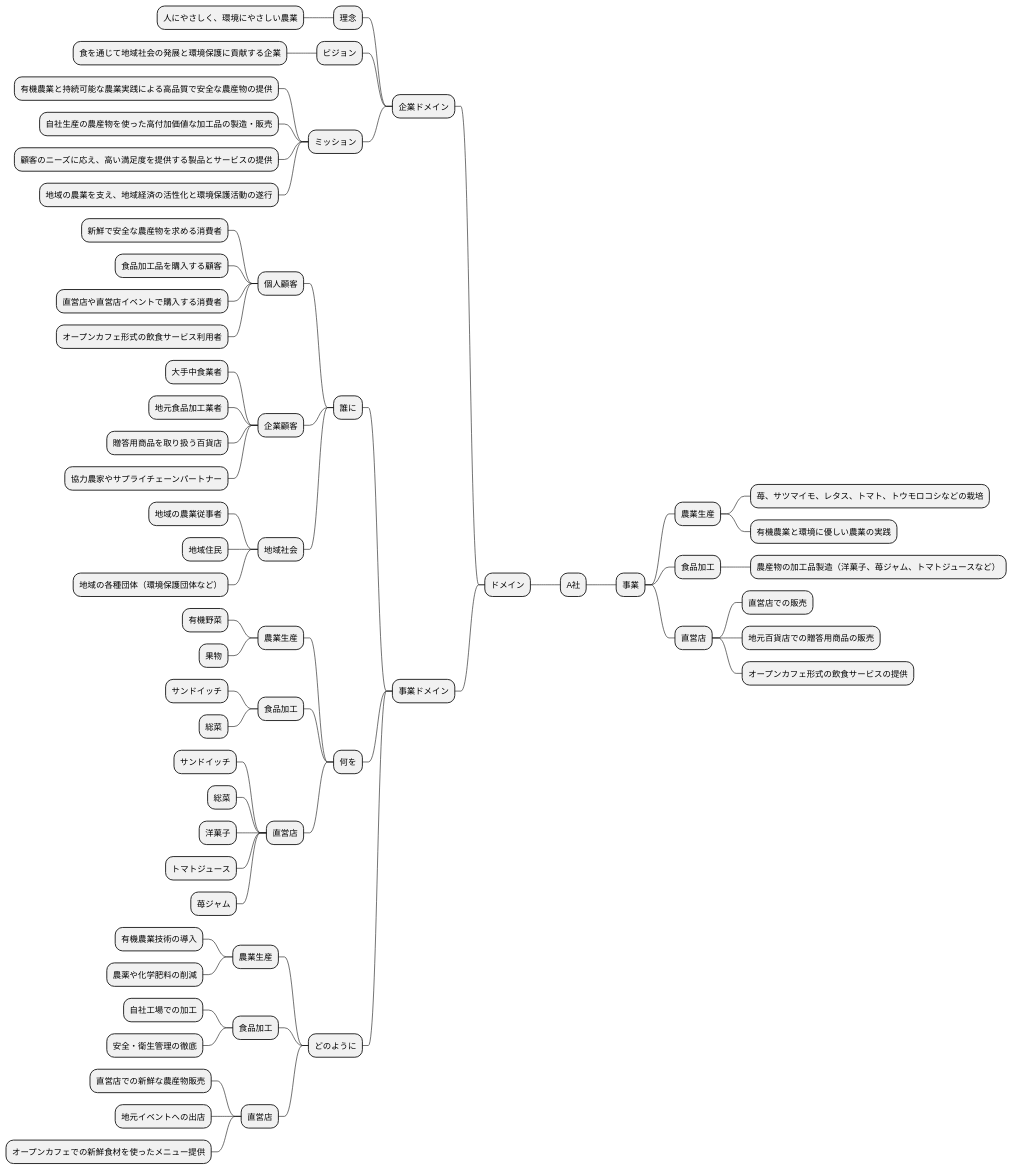
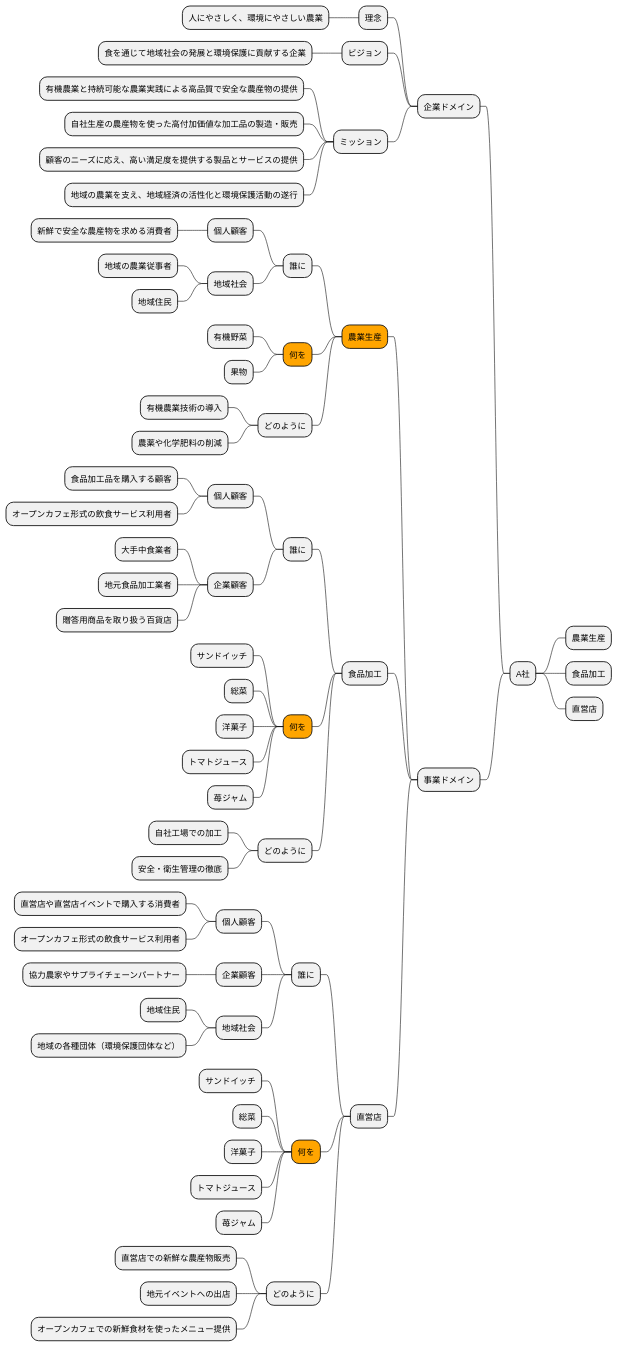
Before and after one commit to k2works/case-sutudy-business-analysis: the fourth of 15 diagrams in docs/case/r04_case_1.adoc, drawn with PlantUML. The commit also changed other lines of this file, not shown here.

```diff
--- a/docs/case/r04_case_1.adoc
+++ b/docs/case/r04_case_1.adoc
@@ -193,67 +193,72 @@
 [plantuml]
 ----
 @startmindmap
 * A社
--- ドメイン
---- 企業ドメイン
----- 理念
------ 人にやさしく、環境にやさしい農業
----- ビジョン
------ 食を通じて地域社会の発展と環境保護に貢献する企業
----- ミッション
------ 有機農業と持続可能な農業実践による高品質で安全な農産物の提供
------ 自社生産の農産物を使った高付加価値な加工品の製造・販売
------ 顧客のニーズに応え、高い満足度を提供する製品とサービスの提供
------ 地域の農業を支え、地域経済の活性化と環境保護活動の遂行
---- 事業ドメイン
----- 誰に
------ 個人顧客
------- 新鮮で安全な農産物を求める消費者
------- 食品加工品を購入する顧客
------- 直営店や直営店イベントで購入する消費者
------- オープンカフェ形式の飲食サービス利用者
------ 企業顧客
------- 大手中食業者
------- 地元食品加工業者
------- 贈答用商品を取り扱う百貨店
------- 協力農家やサプライチェーンパートナー
------ 地域社会
------- 地域の農業従事者
------- 地域住民
------- 地域の各種団体（環境保護団体など）
----- 何を
------ 農業生産
------- 有機野菜
------- 果物
------ 食品加工
------- サンドイッチ
------- 総菜
------ 直営店
------- サンドイッチ
------- 総菜
------- 洋菓子
------- トマトジュース
------- 苺ジャム
----- どのように
------ 農業生産
------- 有機農業技術の導入
------- 農薬や化学肥料の削減
------ 食品加工
------- 自社工場での加工
------- 安全・衛生管理の徹底
------ 直営店
------- 直営店での新鮮な農産物販売
------- 地元イベントへの出店
------- オープンカフェでの新鮮食材を使ったメニュー提供
-** 事業
-*** 農業生産
-**** 苺、サツマイモ、レタス、トマト、トウモロコシなどの栽培
-**** 有機農業と環境に優しい農業の実践
+** 農業生産
+** 食品加工
+** 直営店
+left side
+** 企業ドメイン
+*** 理念
+**** 人にやさしく、環境にやさしい農業
+*** ビジョン
+**** 食を通じて地域社会の発展と環境保護に貢献する企業
+*** ミッション
+**** 有機農業と持続可能な農業実践による高品質で安全な農産物の提供
+**** 自社生産の農産物を使った高付加価値な加工品の製造・販売
+**** 顧客のニーズに応え、高い満足度を提供する製品とサービスの提供
+**** 地域の農業を支え、地域経済の活性化と環境保護活動の遂行
+** 事業ドメイン
+***[#orange] 農業生産
+**** 誰に
+***** 個人顧客
+****** 新鮮で安全な農産物を求める消費者
+***** 地域社会
+****** 地域の農業従事者
+****** 地域住民
+****[#orange] 何を
+***** 有機野菜
+***** 果物
+**** どのように
+***** 有機農業技術の導入
+***** 農薬や化学肥料の削減
 *** 食品加工
-**** 農産物の加工品製造（洋菓子、苺ジャム、トマトジュースなど）
+**** 誰に
+***** 個人顧客
+****** 食品加工品を購入する顧客
+****** オープンカフェ形式の飲食サービス利用者
+***** 企業顧客
+****** 大手中食業者
+****** 地元食品加工業者
+****** 贈答用商品を取り扱う百貨店
+****[#orange] 何を
+***** サンドイッチ
+***** 総菜
+***** 洋菓子
+***** トマトジュース
+***** 苺ジャム
+**** どのように
+***** 自社工場での加工
+***** 安全・衛生管理の徹底
 *** 直営店
-**** 直営店での販売
-**** 地元百貨店での贈答用商品の販売
-**** オープンカフェ形式の飲食サービスの提供
+**** 誰に
+***** 個人顧客
+****** 直営店や直営店イベントで購入する消費者
+****** オープンカフェ形式の飲食サービス利用者
+***** 企業顧客
+****** 協力農家やサプライチェーンパートナー
+***** 地域社会
+****** 地域住民
+****** 地域の各種団体（環境保護団体など）
+****[#orange] 何を
+***** サンドイッチ
+***** 総菜
+***** 洋菓子
+***** トマトジュース
+***** 苺ジャム
+**** どのように
+***** 直営店での新鮮な農産物販売
+***** 地元イベントへの出店
+***** オープンカフェでの新鮮食材を使ったメニュー提供
 @endmindmap
 ----
```
